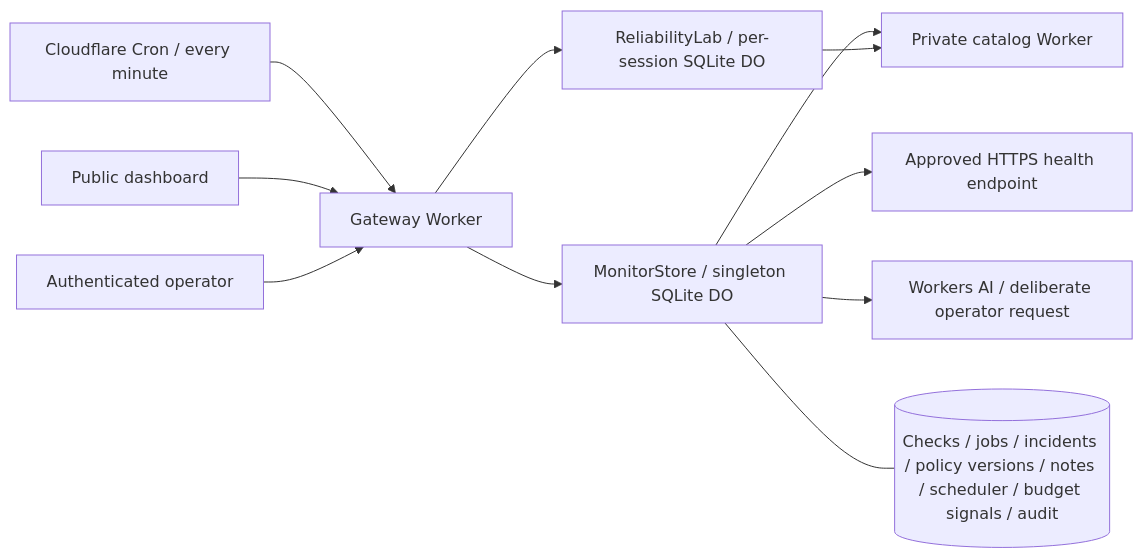
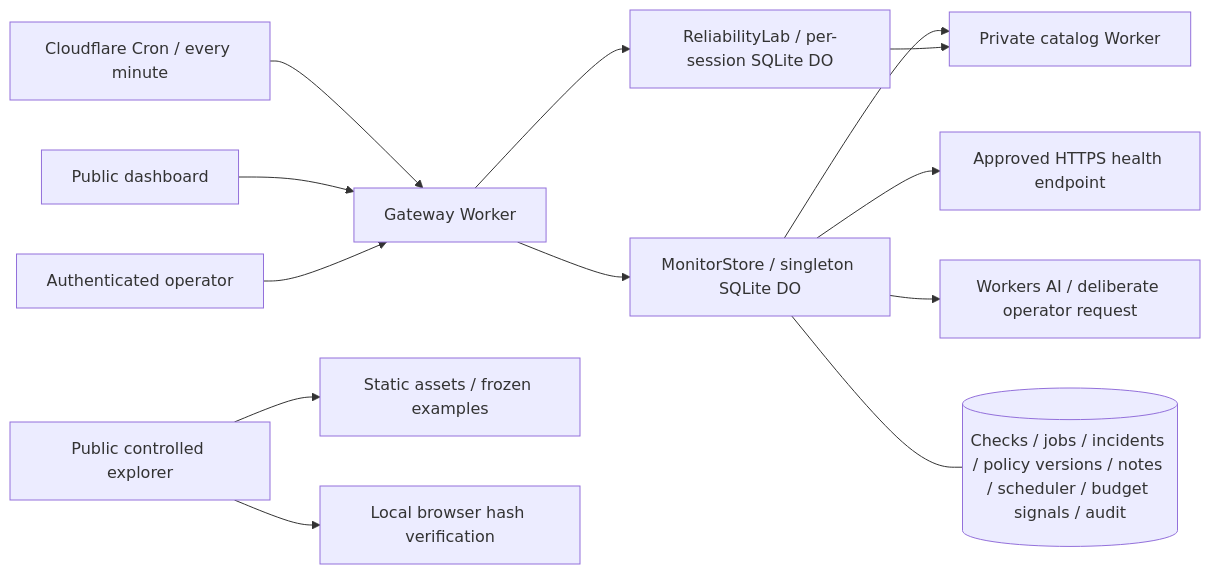
Before and after one commit to HenryWashuHe/edgelab: the diagram in README.md, drawn with Mermaid. The commit also changed other lines of this file and 27 other files, not shown here.

Commit message:
Add public incident evidence explorer and narrow monitor storage errors

````diff
--- a/README.md
+++ b/README.md
@@ -52,13 +53,15 @@
 ```mermaid
 flowchart LR
   C[Cloudflare Cron / every minute] --> G[Gateway Worker]
   B[Public dashboard] --> G
   A[Authenticated operator] --> G
   G --> M[MonitorStore / singleton SQLite DO]
   M --> P[Private catalog Worker]
   M --> H[Approved HTTPS health endpoint]
   M --> AI[Workers AI / deliberate operator request]
   M --- S[(Checks / jobs / incidents / policy versions / notes / scheduler / budget signals / audit)]
+  E[Public controlled explorer] --> F[Static assets / frozen examples]
+  E --> V[Local browser hash verification]
   G --> L[ReliabilityLab / per-session SQLite DO]
   L --> P
 ```
````
